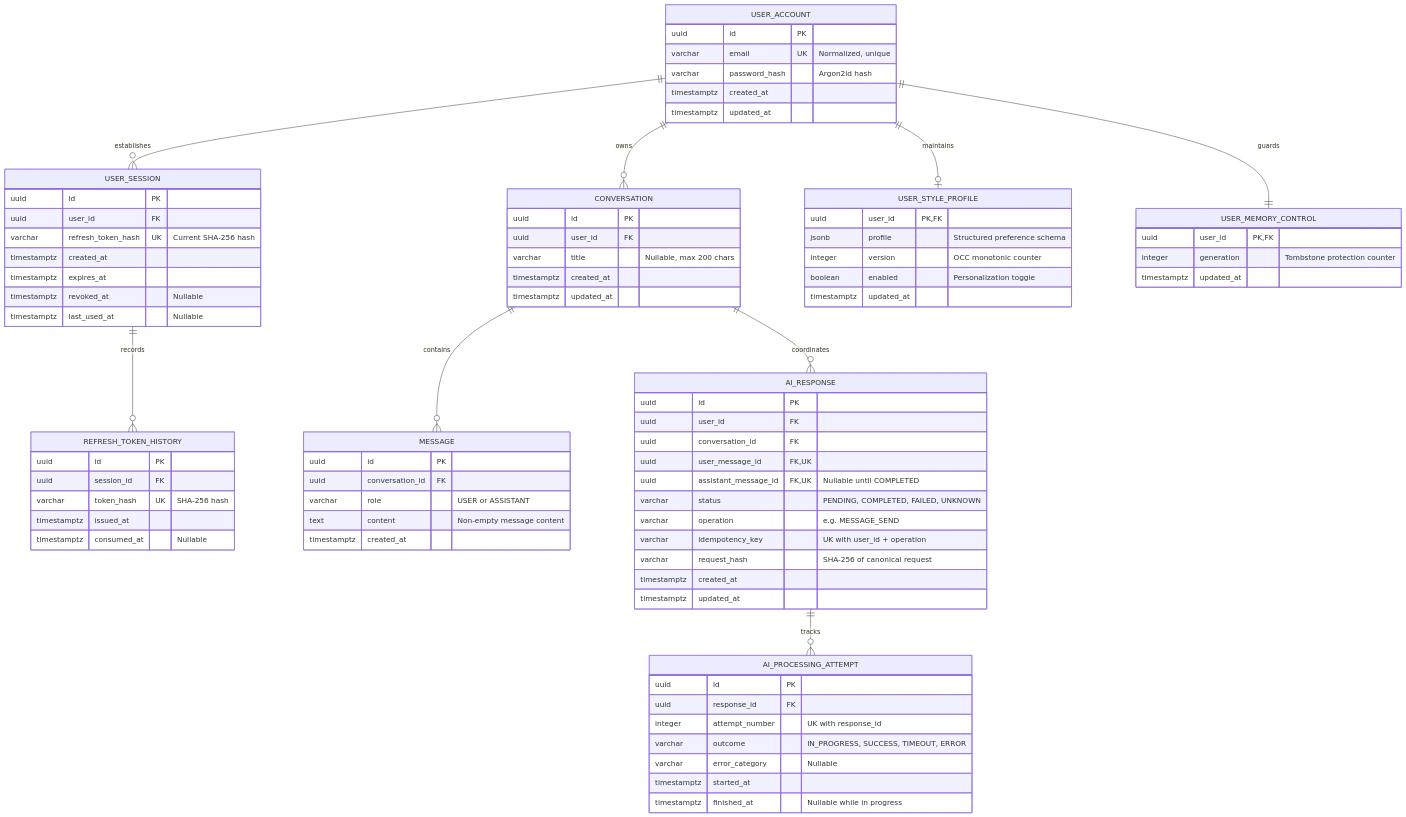
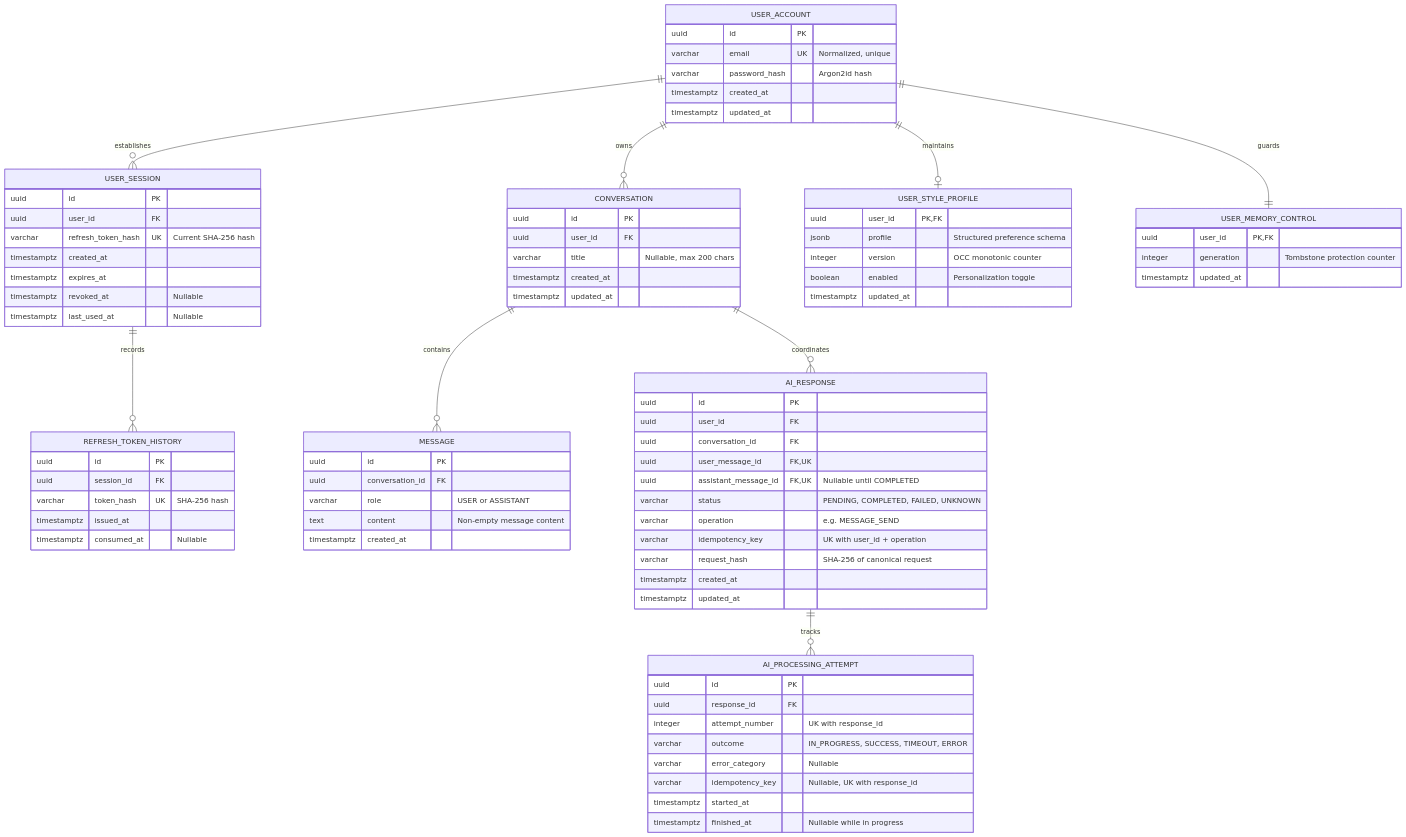
One commit to Bryan1805a/MIRA changed the diagram in docs/03-domain-model.md. Above: the diagram before and after it, drawn with Mermaid. The commit also changed other lines of this file and 9 other files, not shown here.

```diff
--- a/docs/03-domain-model.md
+++ b/docs/03-domain-model.md
@@ -110,6 +111,7 @@
         integer attempt_number "UK with response_id"
         varchar outcome "IN_PROGRESS, SUCCESS, TIMEOUT, ERROR"
         varchar error_category "Nullable"
+        varchar idempotency_key "Nullable, UK with response_id"
         timestamptz started_at
         timestamptz finished_at "Nullable while in progress"
     }
```
